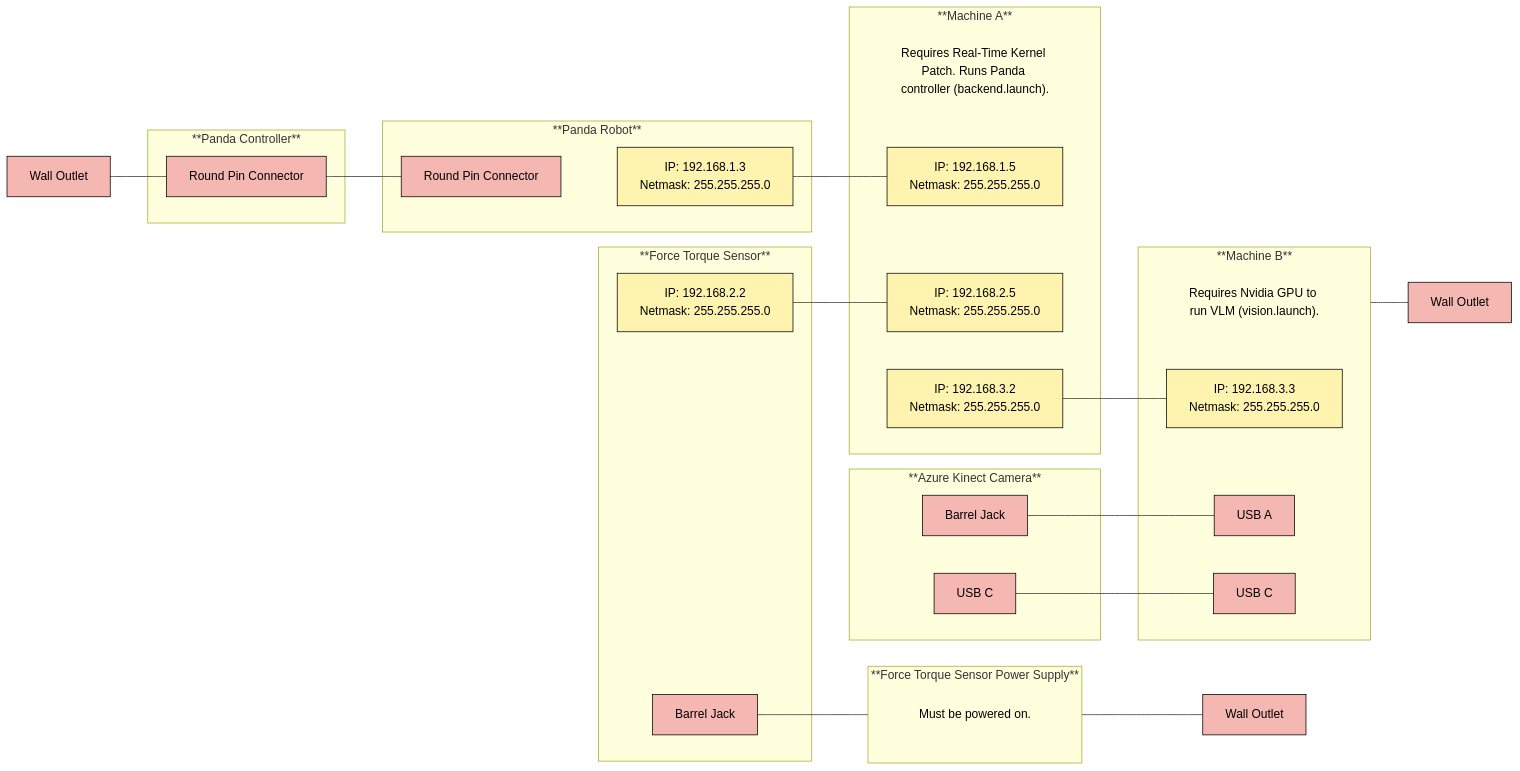
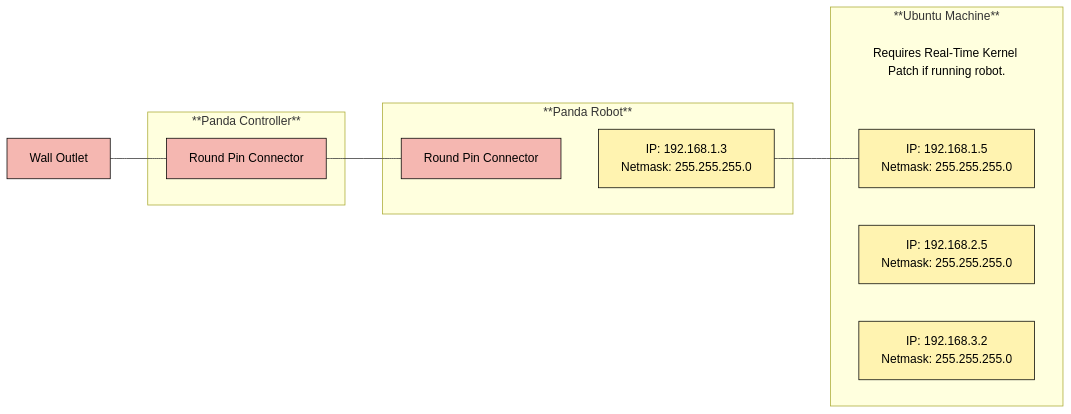
The diagram in README.md (Wisc-HCI/dexterity-interface), drawn with Mermaid before and after one commit. The commit also changed other lines of this file and 20 other files, not shown here.

````diff
--- a/README.md
+++ b/README.md
@@ -30,70 +26,40 @@
 ```mermaid
 flowchart LR
 
     %% Panda Controller
     subgraph PC["**Panda Controller**"]
         PC_CONN["Round Pin Connector"]:::power_data
     end
 
     %% Panda Arm
     subgraph PA["**Panda Robot**"]
         PA_IP["IP: 192.168.1.3 <br> Netmask: 255.255.255.0"]:::ethernet
         PA_CONN["Round Pin Connector"]:::power_data
     end
 
-    %% Force Torque Sensor
-    subgraph FTS["**Force Torque Sensor**"]
-        FTS_IP["IP: 192.168.2.2 <br> Netmask: 255.255.255.0"]:::ethernet
-        FTS_PWR["Barrel Jack"]:::power_data
-    end
 
-    %% FT Power Supply
-    subgraph FTPS["**Force Torque Sensor Power Supply**"]
-        FT_DESC["Must be powered on."]:::description
-    end
 
-    %% Kinect
-    subgraph KN["**Azure Kinect Camera**"]
-        KN_PWR["Barrel Jack"]:::power_data
-        KN_USBC["USB C"]:::power_data
-    end
-
-    %% Machine A
-    subgraph MA["**Machine A**"]
-        MA_DESC["Requires Real-Time Kernel Patch. Runs Panda controller (backend.launch). "]:::description
+    %% Ubuntu Machine
+    subgraph MA["**Ubuntu Machine**"]
+        MA_DESC["Requires Real-Time Kernel Patch if running robot."]:::description
         MA_IP1["IP: 192.168.1.5 <br> Netmask: 255.255.255.0"]:::ethernet
         MA_IP2["IP: 192.168.2.5 <br> Netmask: 255.255.255.0"]:::ethernet
         MA_IP3["IP: 192.168.3.2 <br> Netmask: 255.255.255.0"]:::ethernet
     end
 
-    %% Machine B
-    subgraph MB["**Machine B**"]
-        MB_DESC["Requires Nvidia GPU to run VLM (vision.launch). "]:::description
-        MB_IP["IP: 192.168.3.3 <br> Netmask: 255.255.255.0"]:::ethernet
-        MB_USBA["USB A"]:::power_data
-        MB_USBC["USB C"]:::power_data
-    end
+
 
     %% Wall Outlets
     PC_PWR["Wall Outlet"]:::power_data
-    FTPS_PWR["Wall Outlet"]:::power_data
-    MB_PWR["Wall Outlet"]:::power_data
 
     %% Connections
     PC_PWR --- PC_CONN --- PA_CONN --- PA
-    FTS_PWR --- FTPS --- FTPS_PWR
-    MB --- MB_PWR
-    
-    KN_PWR --- MB_USBA
-    KN_USBC --- MB_USBC
     
 
     PA_IP --- MA_IP1
-    FTS_IP --- MA_IP2
-    MA_IP3 --- MB_IP
 
     %% Styles
     classDef description fill:none,stroke:none,color:#000;
     classDef ethernet fill:#fff3b0,stroke:#000,color:#000;
     classDef power_data fill:#f5b7b1,stroke:#000,color:#000;
 ```
````
